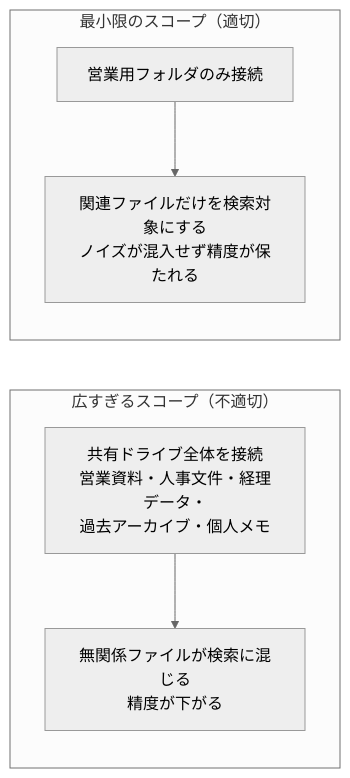
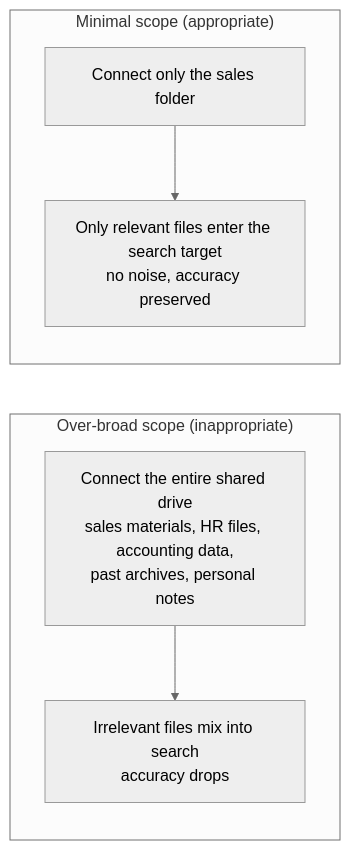
Before and after one commit to AbdullahMufti/ccao-f-guide: diagram 12 of 19 in guide.md, drawn with Mermaid (neutral theme). The commit also changed other lines of this file and 3 other files, not shown here.

````diff
--- a/guide.md
+++ b/guide.md
@@ -768,11 +769,11 @@
 ```mermaid
 flowchart LR
-    subgraph BAD["広すぎるスコープ（不適切）"]
-        B1["共有ドライブ全体を接続<br/>営業資料・人事文件・経理データ・<br/>過去アーカイブ・個人メモ"]
-        B1 --> B2["無関係ファイルが検索に混じる<br/>精度が下がる"]
+    subgraph BAD["Over-broad scope (inappropriate)"]
+        B1["Connect the entire shared drive<br/>sales materials, HR files, accounting data,<br/>past archives, personal notes"]
+        B1 --> B2["Irrelevant files mix into search<br/>accuracy drops"]
     end
-    subgraph GOOD["最小限のスコープ（適切）"]
-        G1["営業用フォルダのみ接続"]
-        G1 --> G2["関連ファイルだけを検索対象にする<br/>ノイズが混入せず精度が保たれる"]
+    subgraph GOOD["Minimal scope (appropriate)"]
+        G1["Connect only the sales folder"]
+        G1 --> G2["Only relevant files enter the search target<br/>no noise, accuracy preserved"]
     end
 ```
````
